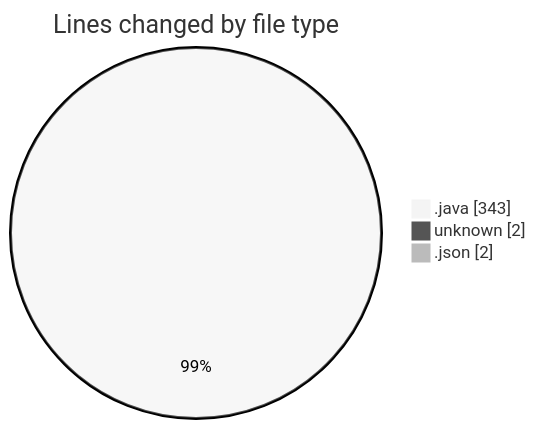
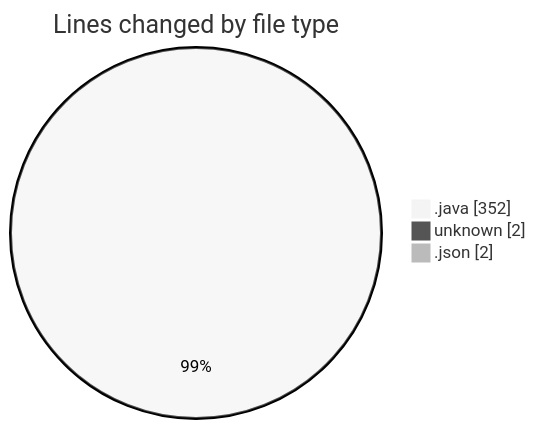
One commit to ricardozamudiocil/code-tracking changed the first of 2 diagrams in 2026-04-10/cilapp/README.md. Above: the diagram before and after it, drawn with Mermaid (neutral theme). The commit also changed other lines of this file and 1 other file, not shown here.

````diff
--- a/2026-04-10/cilapp/README.md
+++ b/2026-04-10/cilapp/README.md
@@ -27,7 +27,7 @@
 ```mermaid
 pie showData
 title Lines changed by file type
-".java" : 343
+".java" : 352
 "unknown" : 2
 ".json" : 2
 ```
````
